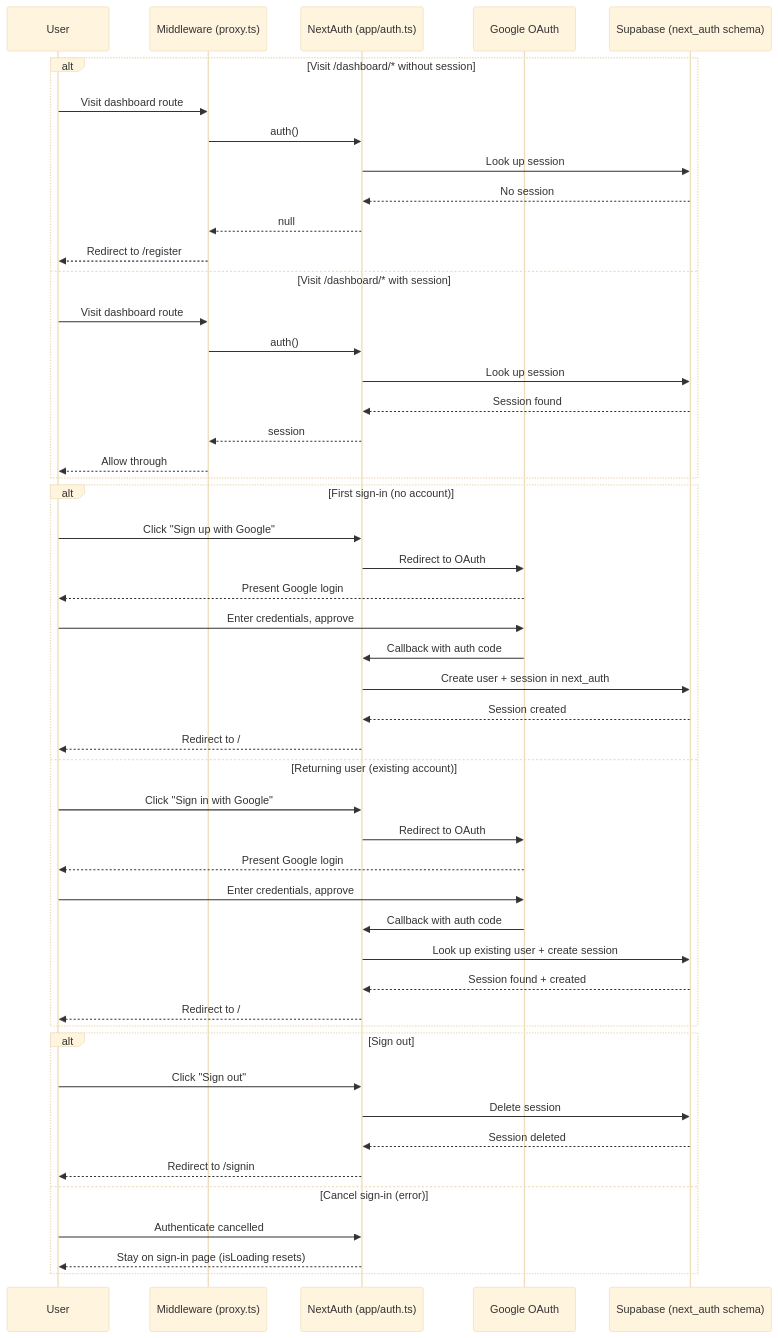
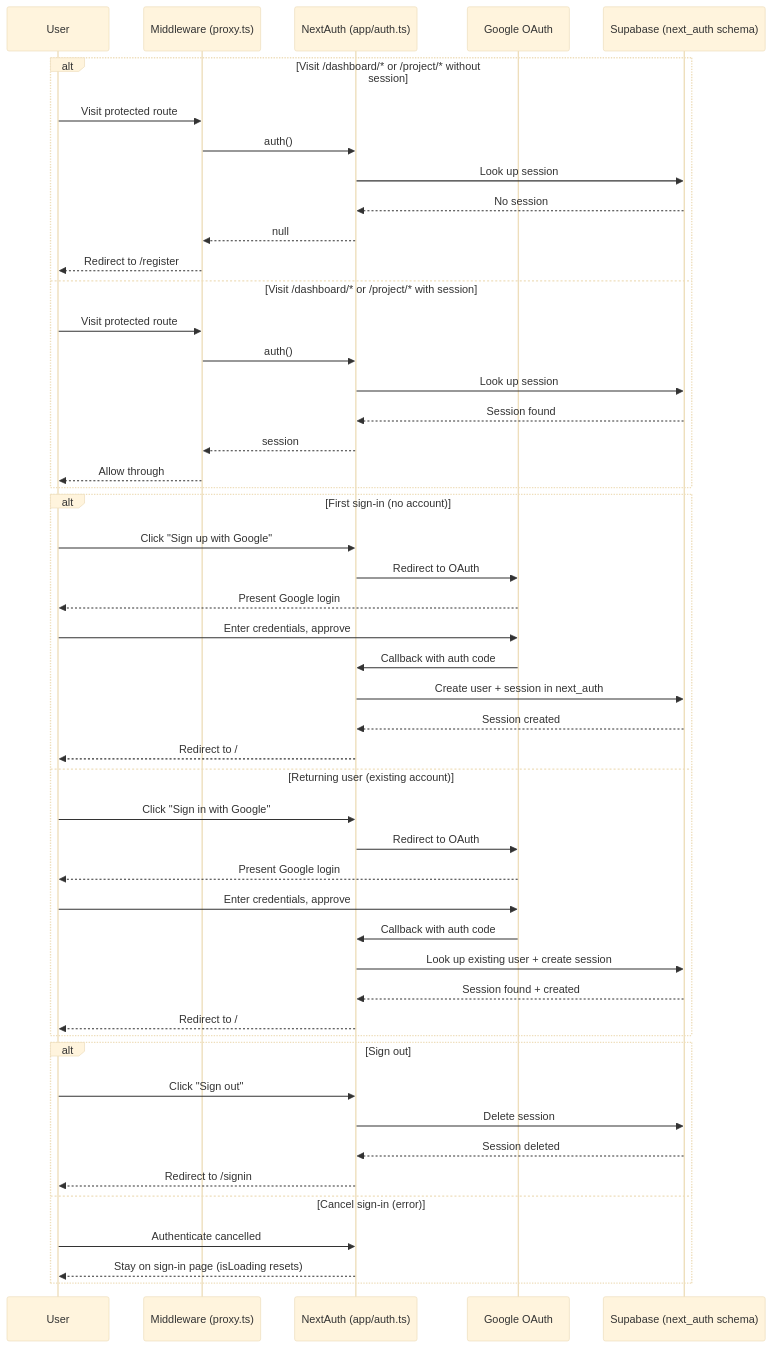
The diagram in Docs/system-docs/02-authentication.md (mishael-daap/Metaforce), drawn with Mermaid (base theme) before and after one commit. The commit also changed other lines of this file and 5 other files, not shown here.

````diff
--- a/Docs/system-docs/02-authentication.md
+++ b/Docs/system-docs/02-authentication.md
@@ -8,54 +46,54 @@
 ```mermaid
 sequenceDiagram
     participant U as User
     participant M as Middleware (proxy.ts)
     participant NA as NextAuth (app/auth.ts)
     participant G as Google OAuth
     participant S as Supabase (next_auth schema)
 
-    alt Visit /dashboard/* without session
-        U->>M: Visit dashboard route
+    alt Visit /dashboard/* or /project/* without session
+        U->>M: Visit protected route
         M->>NA: auth()
         NA->>S: Look up session
         S-->>NA: No session
         NA-->>M: null
         M-->>U: Redirect to /register
-    else Visit /dashboard/* with session
-        U->>M: Visit dashboard route
+    else Visit /dashboard/* or /project/* with session
+        U->>M: Visit protected route
         M->>NA: auth()
         NA->>S: Look up session
         S-->>NA: Session found
         NA-->>M: session
         M-->>U: Allow through
     end
 
     alt First sign-in (no account)
         U->>NA: Click "Sign up with Google"
         NA->>G: Redirect to OAuth
         G-->>U: Present Google login
         U->>G: Enter credentials, approve
         G->>NA: Callback with auth code
         NA->>S: Create user + session in next_auth
         S-->>NA: Session created
         NA-->>U: Redirect to /
     else Returning user (existing account)
         U->>NA: Click "Sign in with Google"
         NA->>G: Redirect to OAuth
         G-->>U: Present Google login
         U->>G: Enter credentials, approve
         G->>NA: Callback with auth code
         NA->>S: Look up existing user + create session
         S-->>NA: Session found + created
         NA-->>U: Redirect to /
     end
 
     alt Sign out
         U->>NA: Click "Sign out"
         NA->>S: Delete session
         S-->>NA: Session deleted
         NA-->>U: Redirect to /signin
     else Cancel sign-in (error)
         U->>NA: Authenticate cancelled
         NA-->>U: Stay on sign-in page (isLoading resets)
     end
 ```
````
